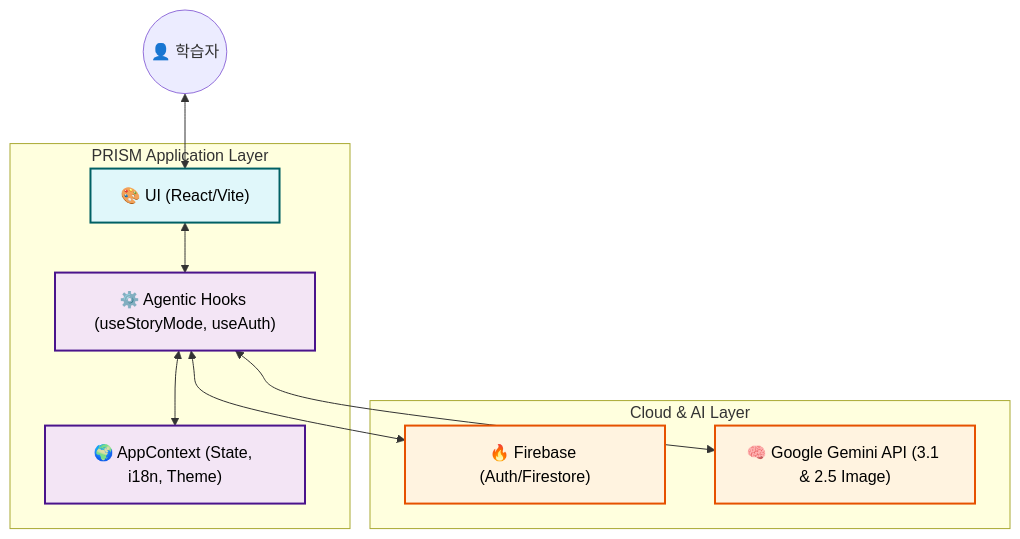
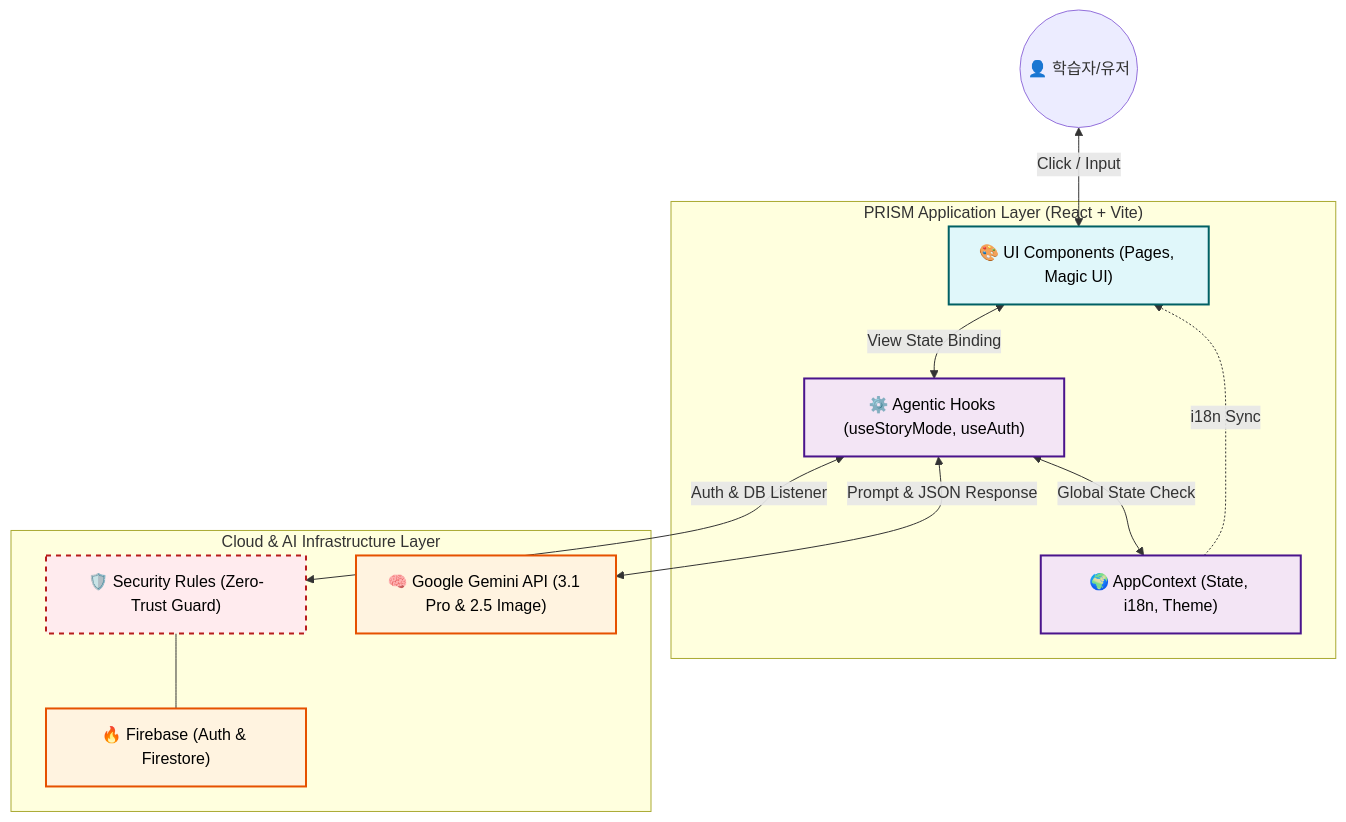
Before and after one commit to ll7098ll/prism: the first of 2 diagrams in docs/03_SYSTEM_ARCHITECTURE.md, drawn with Mermaid. The commit also changed other lines of this file and 12 other files, not shown here.

````diff
--- a/docs/03_SYSTEM_ARCHITECTURE.md
+++ b/docs/03_SYSTEM_ARCHITECTURE.md
@@ -17,25 +18,29 @@
 ```mermaid
 graph TB
     classDef client fill:#e0f7fa,stroke:#006064,stroke-width:2px,color:#000;
     classDef hook fill:#f3e5f5,stroke:#4a148c,stroke-width:2px,color:#000;
     classDef external fill:#fff3e0,stroke:#e65100,stroke-width:2px,color:#000;
+    classDef security fill:#ffebee,stroke:#b71c1c,stroke-width:2px,color:#000,stroke-dasharray: 5 5;
 
-    User((👤 학습자))
+    User((👤 학습자/유저))
     
-    subgraph "PRISM Application Layer"
-        Frontend["🎨 UI (React/Vite)"]:::client
+    subgraph "PRISM Application Layer (React + Vite)"
+        Frontend["🎨 UI Components (Pages, Magic UI)"]:::client
         Hooks["⚙️ Agentic Hooks (useStoryMode, useAuth)"]:::hook
         Context["🌍 AppContext (State, i18n, Theme)"]:::hook
     end
     
-    subgraph "Cloud & AI Layer"
-        Firebase["🔥 Firebase (Auth/Firestore)"]:::external
-        Gemini["🧠 Google Gemini API (3.1 & 2.5 Image)"]:::external
+    subgraph "Cloud & AI Infrastructure Layer"
+        Rules["🛡️ Security Rules (Zero-Trust Guard)"]:::security
+        Firebase["🔥 Firebase (Auth & Firestore)"]:::external
+        Gemini["🧠 Google Gemini API (3.1 Pro & 2.5 Image)"]:::external
     end
     
-    User <--> Frontend
-    Frontend <--> Hooks
-    Hooks <--> Context
-    Hooks <--> Gemini
-    Hooks <--> Firebase
+    User <-->|Click / Input| Frontend
+    Frontend <-->|View State Binding| Hooks
+    Hooks <-->|Global State Check| Context
+    Context -.->|i18n Sync| Frontend
+    Hooks <-->|Prompt & JSON Response| Gemini
+    Hooks <-->|Auth & DB Listener| Rules
+    Rules --- Firebase
 ```
````
